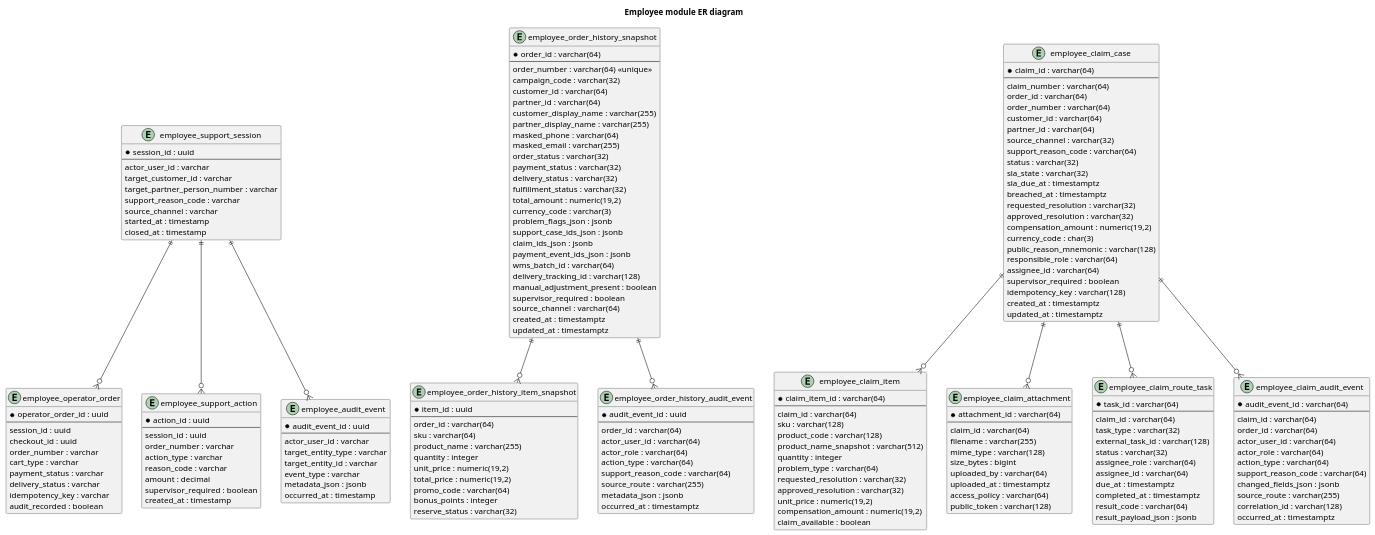
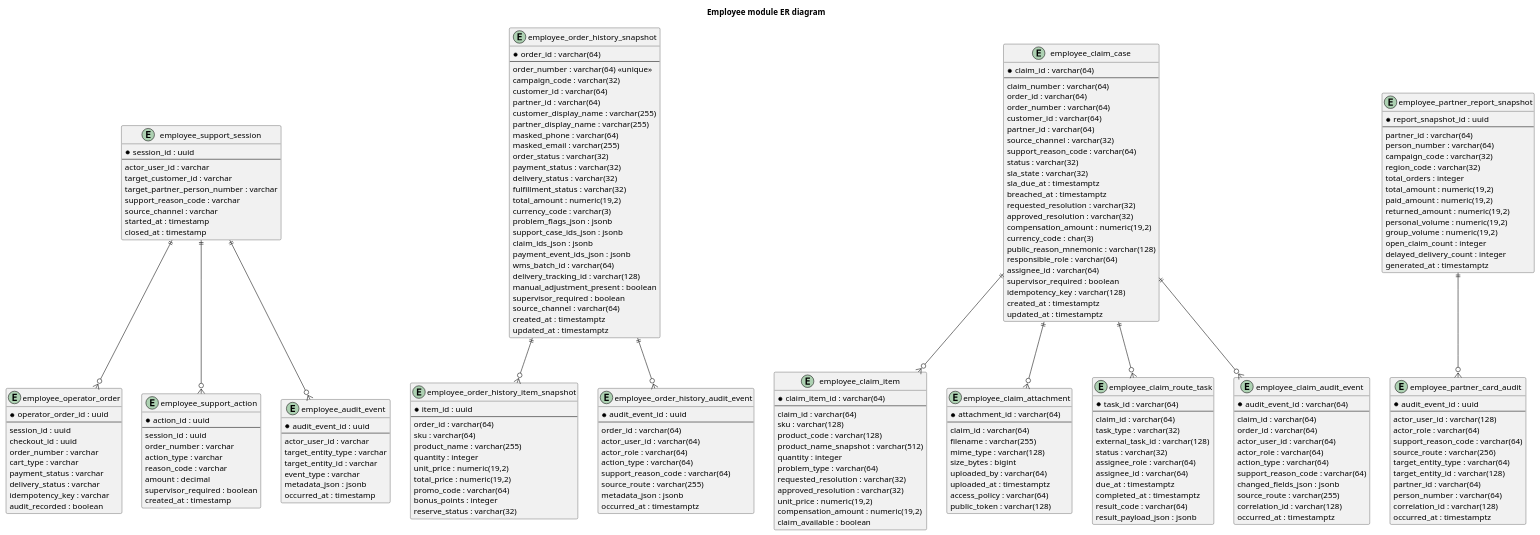
Before and after one commit to alextaralexander/ai_ori_test: the diagram in agents/analytics/sa/modules/module_employee/module_er_diagram.plantuml, drawn with PlantUML. The commit also changed 41 other files, not shown here.

```diff
--- a/agents/analytics/sa/modules/module_employee/module_er_diagram.plantuml
+++ b/agents/analytics/sa/modules/module_employee/module_er_diagram.plantuml
@@ -192,6 +192,38 @@
   occurred_at : timestamptz
 }
 
+entity employee_partner_card_audit {
+  * audit_event_id : uuid
+  --
+  actor_user_id : varchar(128)
+  actor_role : varchar(64)
+  support_reason_code : varchar(64)
+  source_route : varchar(256)
+  target_entity_type : varchar(64)
+  target_entity_id : varchar(128)
+  partner_id : varchar(64)
+  person_number : varchar(64)
+  correlation_id : varchar(128)
+  occurred_at : timestamptz
+}
+
+entity employee_partner_report_snapshot {
+  * report_snapshot_id : uuid
+  --
+  partner_id : varchar(64)
+  person_number : varchar(64)
+  campaign_code : varchar(32)
+  region_code : varchar(32)
+  total_orders : integer
+  total_amount : numeric(19,2)
+  paid_amount : numeric(19,2)
+  returned_amount : numeric(19,2)
+  personal_volume : numeric(19,2)
+  group_volume : numeric(19,2)
+  open_claim_count : integer
+  delayed_delivery_count : integer
+  generated_at : timestamptz
+}
 employee_support_session ||--o{ employee_operator_order
 employee_support_session ||--o{ employee_support_action
 employee_support_session ||--o{ employee_audit_event
@@ -201,4 +233,5 @@
 employee_claim_case ||--o{ employee_claim_attachment
 employee_claim_case ||--o{ employee_claim_route_task
 employee_claim_case ||--o{ employee_claim_audit_event
+employee_partner_report_snapshot ||--o{ employee_partner_card_audit
 @enduml
```
